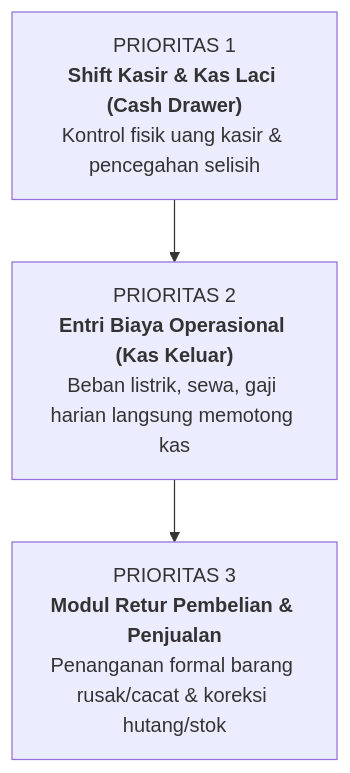
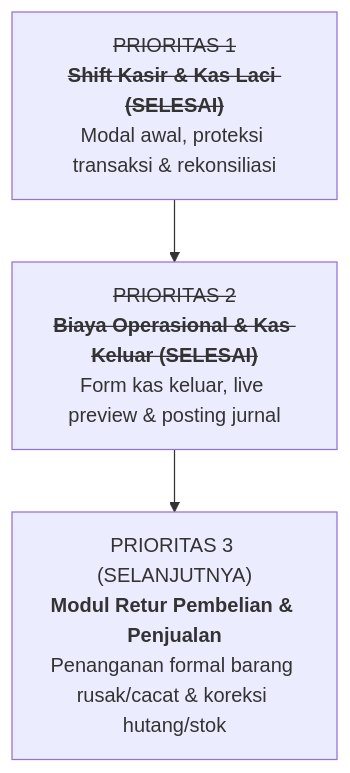
The second of 2 diagrams in PROJECT_STATUS_REPORT.md (mahakaryahutamacorp-svg/maju-bersama), drawn with Mermaid before and after one commit. The commit also changed other lines of this file and 32 other files, not shown here.

Commit message:
feat: integrasi UI Biaya Operasional, Manajemen Shift Kasir, dan pembaruan Laporan Laba Rugi

````diff
--- a/PROJECT_STATUS_REPORT.md
+++ b/PROJECT_STATUS_REPORT.md
@@ -155,5 +180,5 @@
 ```mermaid
 graph TD
-    P1["PRIORITAS 1<br><b>Shift Kasir & Kas Laci (Cash Drawer)</b><br>Kontrol fisik uang kasir & pencegahan selisih"] --> P2["PRIORITAS 2<br><b>Entri Biaya Operasional (Kas Keluar)</b><br>Beban listrik, sewa, gaji harian langsung memotong kas"]
-    P2 --> P3["PRIORITAS 3<br><b>Modul Retur Pembelian & Penjualan</b><br>Penanganan formal barang rusak/cacat & koreksi hutang/stok"]
+    P1["<s>PRIORITAS 1<br><b>Shift Kasir & Kas Laci (SELESAI)</b></s><br>Modal awal, proteksi transaksi & rekonsiliasi"] --> P2["<s>PRIORITAS 2<br><b>Biaya Operasional & Kas Keluar (SELESAI)</b></s><br>Form kas keluar, live preview & posting jurnal"]
+    P2 --> P3["PRIORITAS 3 (SELANJUTNYA)<br><b>Modul Retur Pembelian & Penjualan</b><br>Penanganan formal barang rusak/cacat & koreksi hutang/stok"]
 ```
````
